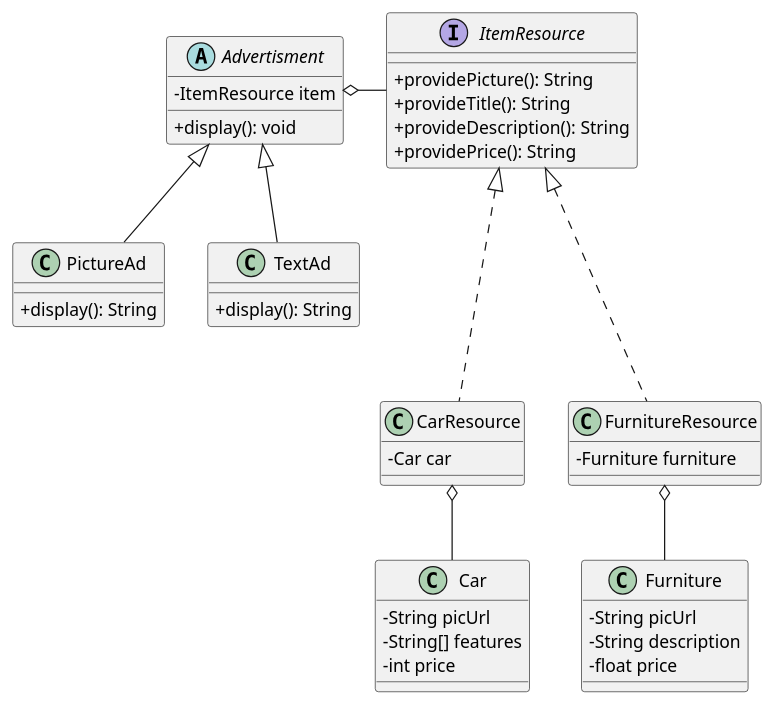
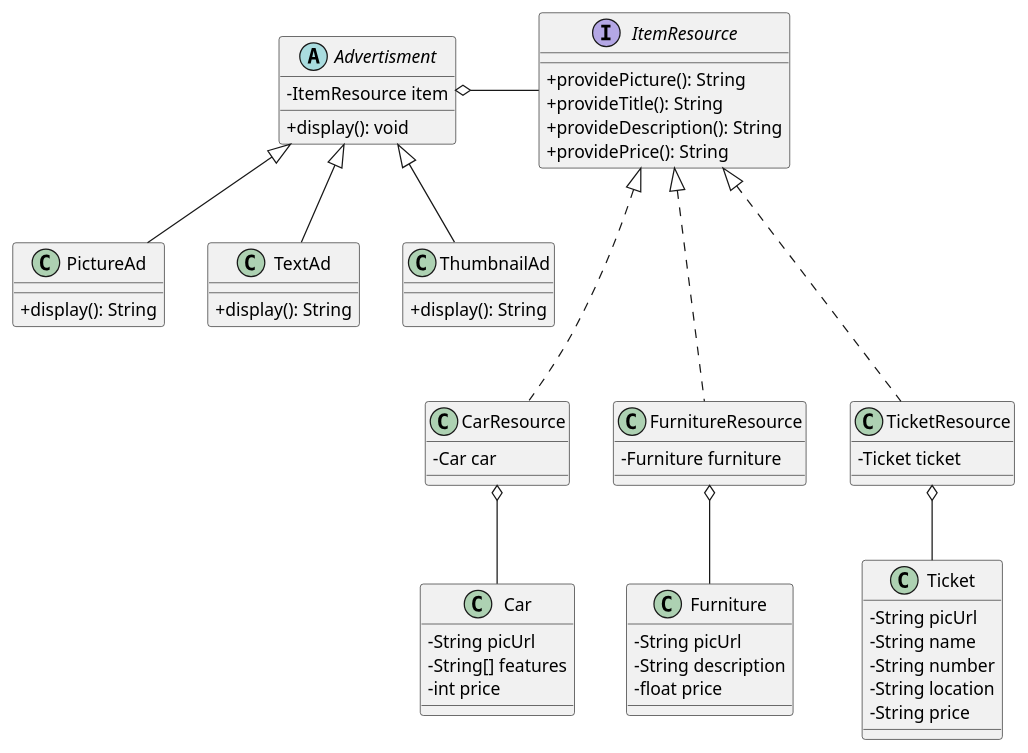
Before and after one commit to jimmyrabbit88/BridgeDP: the diagram in src/bridgeUML_v2.puml, drawn with PlantUML. The commit also changed 13 other files, not shown here.

Commit message:
added a new ad type and a new item and its resource

```diff
--- a/src/bridgeUML_v2.puml
+++ b/src/bridgeUML_v2.puml
@@ -1,52 +1,71 @@
 @startuml
 skinparam classAttributeIconSize 0
 
 Advertisment <|-- PictureAd
 Advertisment <|-- TextAd
+Advertisment <|-- ThumbnailAd
 Advertisment o- ItemResource
 ItemResource <|... CarResource
 ItemResource <|... FurnitureResource
+ItemResource <|... TicketResource
 CarResource o-- Car
 FurnitureResource o-- Furniture
+TicketResource o-- Ticket
 
 abstract class Advertisment{
     - ItemResource item
     + display(): void
 }
 
 class PictureAd{
     + display(): String
 }
 
 class TextAd{
+    + display(): String
+}
+
+class ThumbnailAd{
     + display(): String
 }
 
 interface ItemResource {
     + providePicture(): String
     + provideTitle(): String
     + provideDescription(): String
     + providePrice(): String
 }
 
 class CarResource{
     - Car car
 }
 
 class FurnitureResource{
     -Furniture furniture
 }
 
+class TicketResource{
+    -Ticket ticket
+}
+
 class Car{
     - String picUrl
     - String[] features
     - int price
 }
 
 class Furniture{
     - String picUrl
     - String description
     - float price
 }
 
+class Ticket{
+    - String picUrl
+    - String name
+    - String number
+    - String location
+    - String price
+}
+
 @enduml
```
